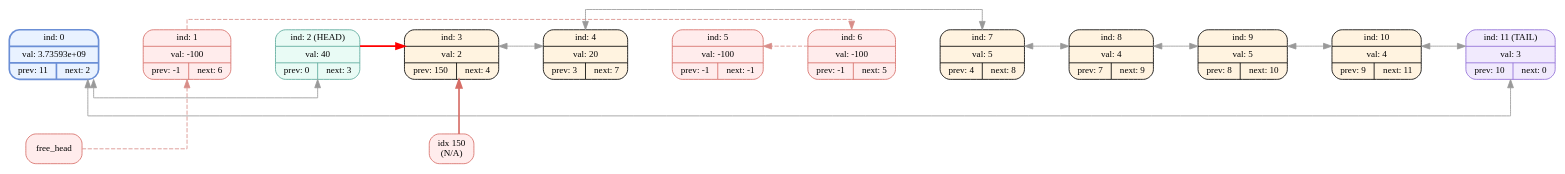
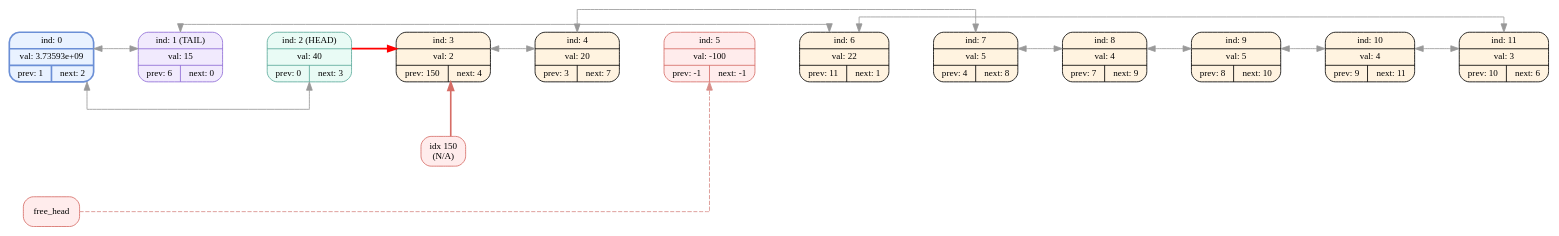
The diagram in dumps/dump_006.dot (EvilTomato9890/DEAD_List), drawn with Graphviz before and after one commit. The commit also changed 20 other files, not shown here.

```diff
--- a/dumps/dump_006.dot
+++ b/dumps/dump_006.dot
@@ -1,47 +1,47 @@
 digraph G{
   rankdir=LR;
   splines=ortho;
   nodesep=0.9;
   ranksep=0.75;
   node [fontname="Fira Mono",shape=record,style="filled,rounded",fontsize=11];
-  node_0[shape=record,label="ind: 0 | val: 3.73593e+09 | { prev: 11 | next: 2 }",color="#6b8fd6",style="filled,bold,rounded",fillcolor="#e9f2ff"];
-  node_1[shape=record,label=" ind: 1 | val: -100 | { prev: -1 | next: 6 } ",style="filled,rounded",color="#d66d66",fillcolor="#ffecec"];
+  node_0[shape=record,label="ind: 0 | val: 3.73593e+09 | { prev: 1 | next: 2 }",color="#6b8fd6",style="filled,bold,rounded",fillcolor="#e9f2ff"];
+  node_1[shape=record,label=" ind: 1 (TAIL) | val: 15 | { prev: 6 | next: 0 } ",color="#8e6bd6",fillcolor="#f1eafd"];
   node_2[shape=record,label=" ind: 2 (HEAD) | val: 40 | { prev: 0 | next: 3 } ",color="#5aa99b",fillcolor="#e9fbf5"];
   node_3[shape=record,label=" ind: 3 | val: 2 | { prev: 150 | next: 4 } ",color="#000000",fillcolor="#fff3e0"];
   node_4[shape=record,label=" ind: 4 | val: 20 | { prev: 3 | next: 7 } ",color="#000000",fillcolor="#fff3e0"];
   node_5[shape=record,label=" ind: 5 | val: -100 | { prev: -1 | next: -1 } ",style="filled,rounded",color="#d66d66",fillcolor="#ffecec"];
-  node_6[shape=record,label=" ind: 6 | val: -100 | { prev: -1 | next: 5 } ",style="filled,rounded",color="#d66d66",fillcolor="#ffecec"];
+  node_6[shape=record,label=" ind: 6 | val: 22 | { prev: 11 | next: 1 } ",color="#000000",fillcolor="#fff3e0"];
   node_7[shape=record,label=" ind: 7 | val: 5 | { prev: 4 | next: 8 } ",color="#000000",fillcolor="#fff3e0"];
   node_8[shape=record,label=" ind: 8 | val: 4 | { prev: 7 | next: 9 } ",color="#000000",fillcolor="#fff3e0"];
   node_9[shape=record,label=" ind: 9 | val: 5 | { prev: 8 | next: 10 } ",color="#000000",fillcolor="#fff3e0"];
   node_10[shape=record,label=" ind: 10 | val: 4 | { prev: 9 | next: 11 } ",color="#000000",fillcolor="#fff3e0"];
-  node_11[shape=record,label=" ind: 11 (TAIL) | val: 3 | { prev: 10 | next: 0 } ",color="#8e6bd6",fillcolor="#f1eafd"];
+  node_11[shape=record,label=" ind: 11 | val: 3 | { prev: 10 | next: 6 } ",color="#000000",fillcolor="#fff3e0"];
   node_0 -> node_1 [weight=1000,style=invis];
   node_1 -> node_2 [weight=1000,style=invis];
   node_2 -> node_3 [weight=1000,style=invis];
   node_3 -> node_4 [weight=1000,style=invis];
   node_4 -> node_5 [weight=1000,style=invis];
   node_5 -> node_6 [weight=1000,style=invis];
   node_6 -> node_7 [weight=1000,style=invis];
   node_7 -> node_8 [weight=1000,style=invis];
   node_8 -> node_9 [weight=1000,style=invis];
   node_9 -> node_10 [weight=1000,style=invis];
   node_10 -> node_11 [weight=1000,style=invis];
-  node_1 -> node_6 [color="#d88d88", style=dashed, constraint=false];
-  node_6 -> node_5 [color="#d88d88", style=dashed, constraint=false];
   node_0 -> node_2 [dir=both, color="#999999", constraint=false];
+  node_1 -> node_0 [dir=both, color="#999999", constraint=false];
   node_2 -> node_3 [color="#ff0000", penwidth=2.2, constraint=false];
   node_3 -> node_4 [dir=both, color="#999999", constraint=false];
   node_4 -> node_7 [dir=both, color="#999999", constraint=false];
+  node_6 -> node_1 [dir=both, color="#999999", constraint=false];
   node_7 -> node_8 [dir=both, color="#999999", constraint=false];
   node_8 -> node_9 [dir=both, color="#999999", constraint=false];
   node_9 -> node_10 [dir=both, color="#999999", constraint=false];
   node_10 -> node_11 [dir=both, color="#999999", constraint=false];
-  node_11 -> node_0 [dir=both, color="#999999", constraint=false];
+  node_11 -> node_6 [dir=both, color="#999999", constraint=false];
   node_bad_p_3 [label="idx 150\n(N/A)",shape=rectangle,style="filled,rounded",color="#d66d66",fillcolor="#ffecec"];
   node_bad_p_3 -> node_3 [style="bold", color="#d66d66", constraint=false];
   node_3 -> node_bad_p_3 [style=invis, constraint=true, weight=60, minlen=1];
   {rank=same; node_3; node_bad_p_3;}
   node_free [label=free_head,color="#d66d66",shape=rectangle,style="filled,rounded",fillcolor="#ffecec"];
-  node_free -> node_1 [color="#d88d88", style=dashed, constraint=false];
+  node_free -> node_5 [color="#d88d88", style=dashed, constraint=false];
 }
```
